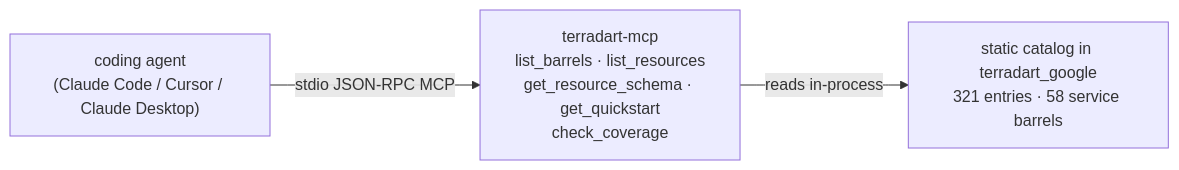
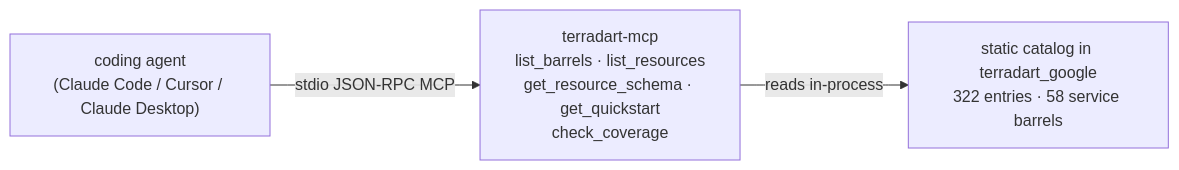
Before and after one commit to nozomi-koborinai/terradart: the diagram in website/src/content/docs/docs/agent/index.md, drawn with Mermaid. The commit also changed other lines of this file and 15 other files, not shown here.

````diff
--- a/website/src/content/docs/docs/agent/index.md
+++ b/website/src/content/docs/docs/agent/index.md
@@ -12,8 +12,8 @@
 ```mermaid
 graph LR
   agent["coding agent<br/>(Claude Code / Cursor / Claude Desktop)"]
   mcp["terradart-mcp<br/>list_barrels · list_resources<br/>get_resource_schema · get_quickstart<br/>check_coverage"]
-  catalog["static catalog in terradart_google<br/>321 entries · 58 service barrels"]
+  catalog["static catalog in terradart_google<br/>322 entries · 58 service barrels"]
   agent -->|stdio JSON-RPC MCP| mcp
   mcp -->|reads in-process| catalog
 ```
````
